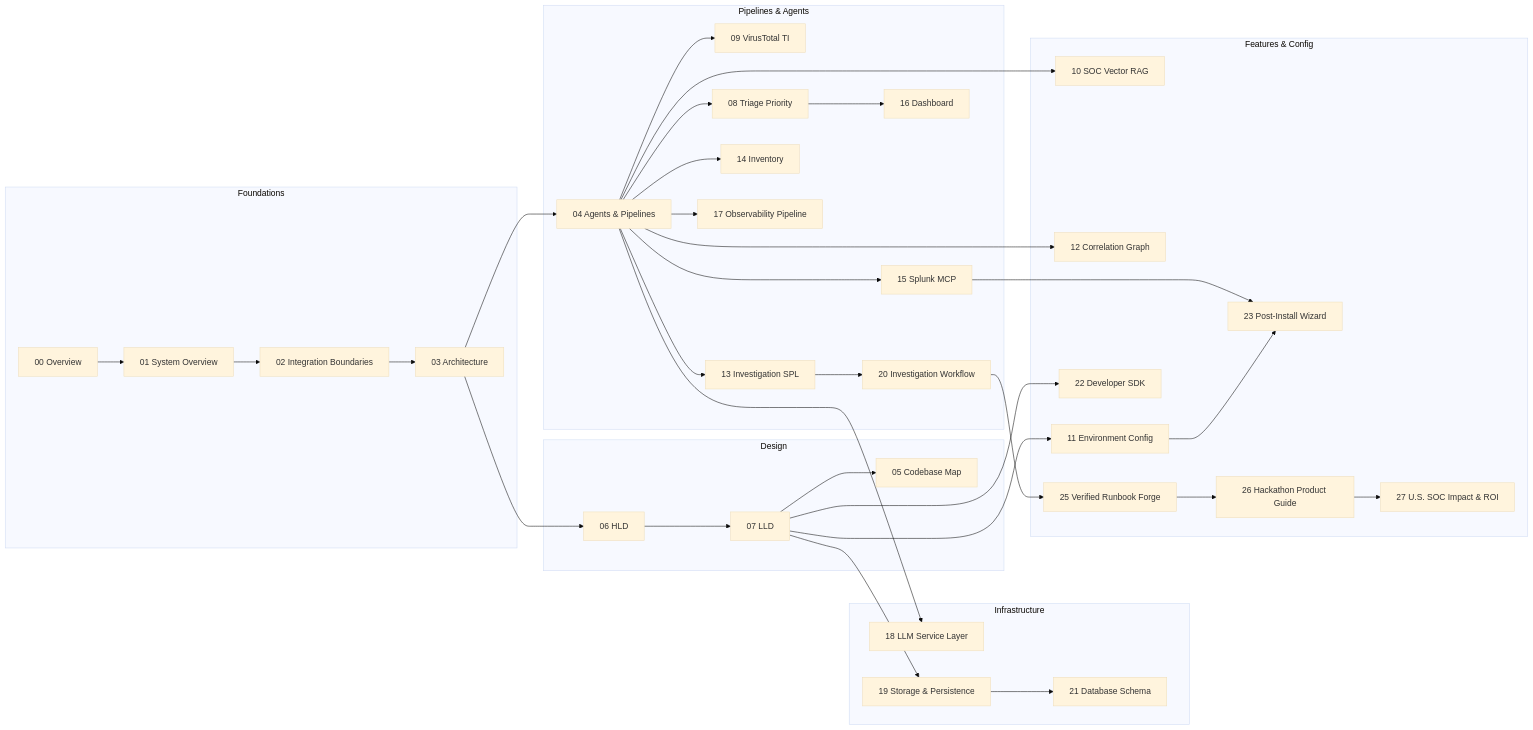
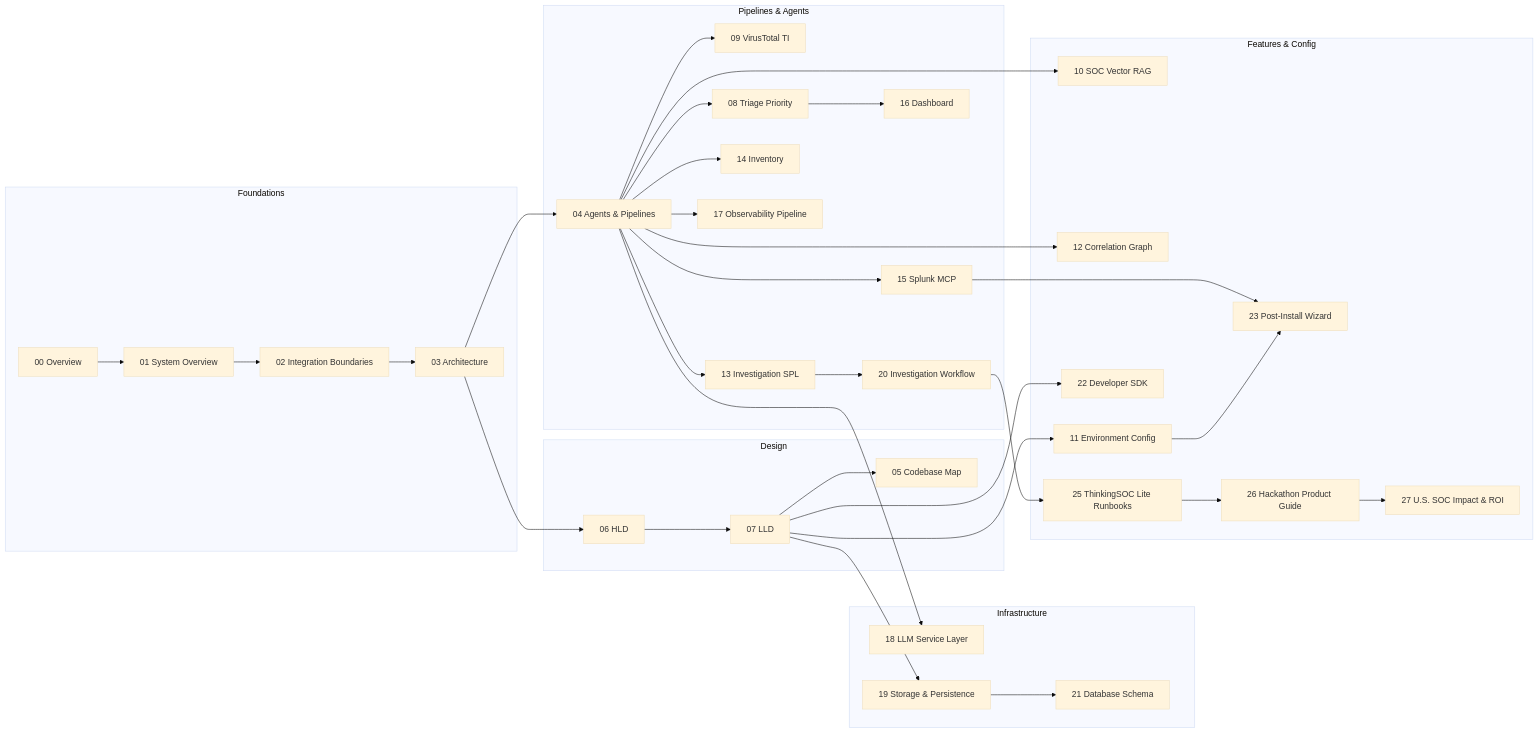
The diagram in docs/README.md (Sepideh-Asadollahi/ThinkingSOC-splunk-hackathon), drawn with Mermaid (base theme) before and after one commit. The commit also changed other lines of this file and 124 other files, not shown here.

Commit message:
feat: unify product branding as ThinkingSOC Lite

````diff
--- a/docs/README.md
+++ b/docs/README.md
@@ -7,68 +7,68 @@
 ```mermaid
 flowchart LR
   subgraph foundations ["Foundations"]
     D00["00 Overview"]
     D01["01 System Overview"]
     D02["02 Integration Boundaries"]
     D03["03 Architecture"]
   end
 
   subgraph pipelines ["Pipelines & Agents"]
     D04["04 Agents & Pipelines"]
     D09["09 VirusTotal TI"]
     D08["08 Triage Priority"]
     D13["13 Investigation SPL"]
     D14["14 Inventory"]
     D15["15 Splunk MCP"]
     D16["16 Dashboard"]
     D17["17 Observability Pipeline"]
     D20["20 Investigation Workflow"]
   end
 
   subgraph infrastructure ["Infrastructure"]
     D18["18 LLM Service Layer"]
     D19["19 Storage & Persistence"]
     D21["21 Database Schema"]
   end
 
   subgraph design ["Design"]
     D06["06 HLD"]
     D07["07 LLD"]
     D05["05 Codebase Map"]
   end
 
   subgraph features ["Features & Config"]
     D10["10 SOC Vector RAG"]
     D12["12 Correlation Graph"]
     D11["11 Environment Config"]
     D22["22 Developer SDK"]
     D23["23 Post-Install Wizard"]
-    D25["25 Verified Runbook Forge"]
+    D25["25 ThinkingSOC Lite Runbooks"]
     D26["26 Hackathon Product Guide"]
     D27["27 U.S. SOC Impact & ROI"]
   end
 
   D00 --> D01 --> D02 --> D03
   D03 --> D04
   D04 --> D09
   D04 --> D08
   D04 --> D13
   D03 --> D06 --> D07
   D07 --> D05
   D04 --> D10
   D04 --> D12
   D07 --> D11
   D04 --> D14
   D04 --> D15
   D08 --> D16
   D04 --> D17
   D04 --> D18
   D07 --> D19
   D19 --> D21
   D13 --> D20
   D07 --> D22
   D11 --> D23
   D15 --> D23
   D20 --> D25
   D25 --> D26 --> D27
 ```
````
